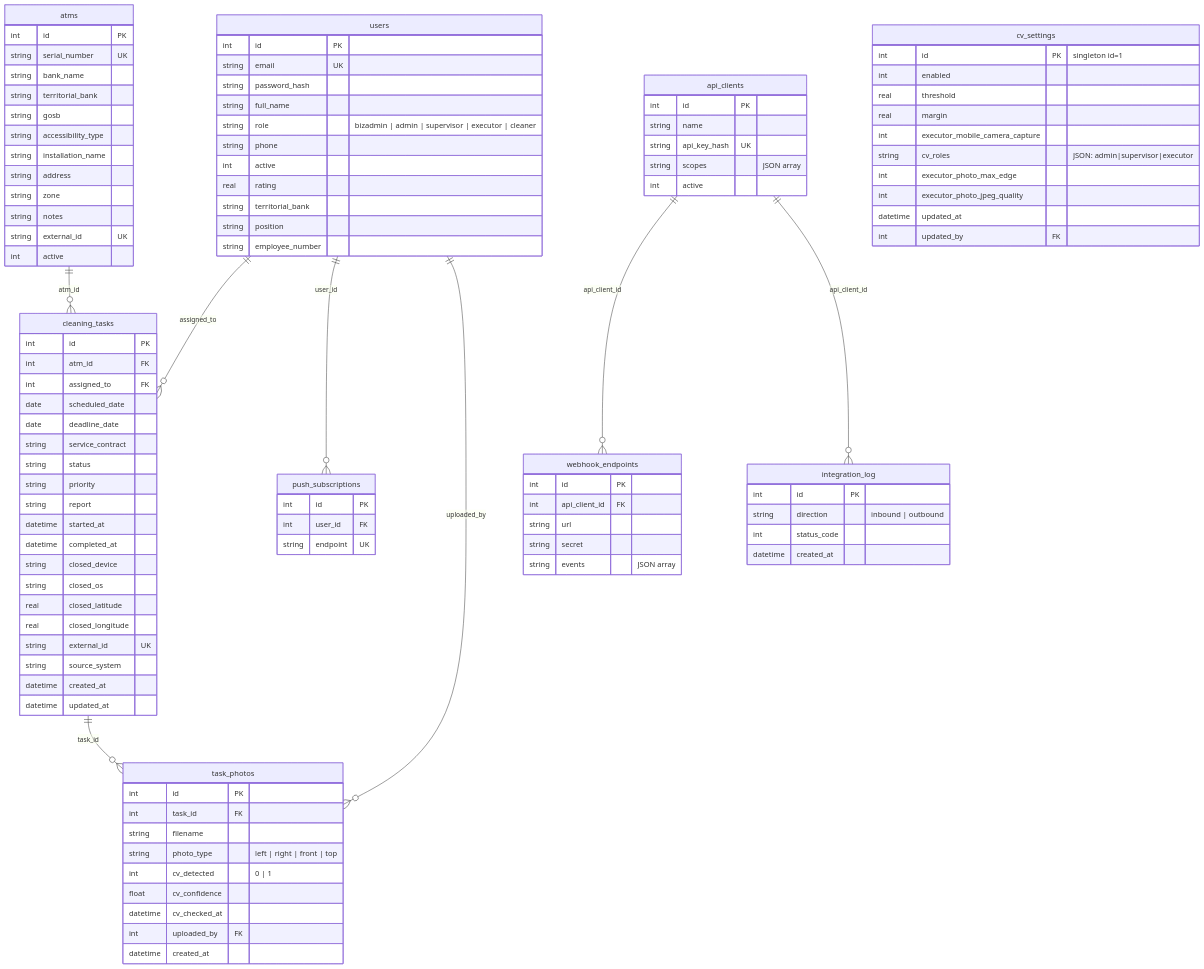
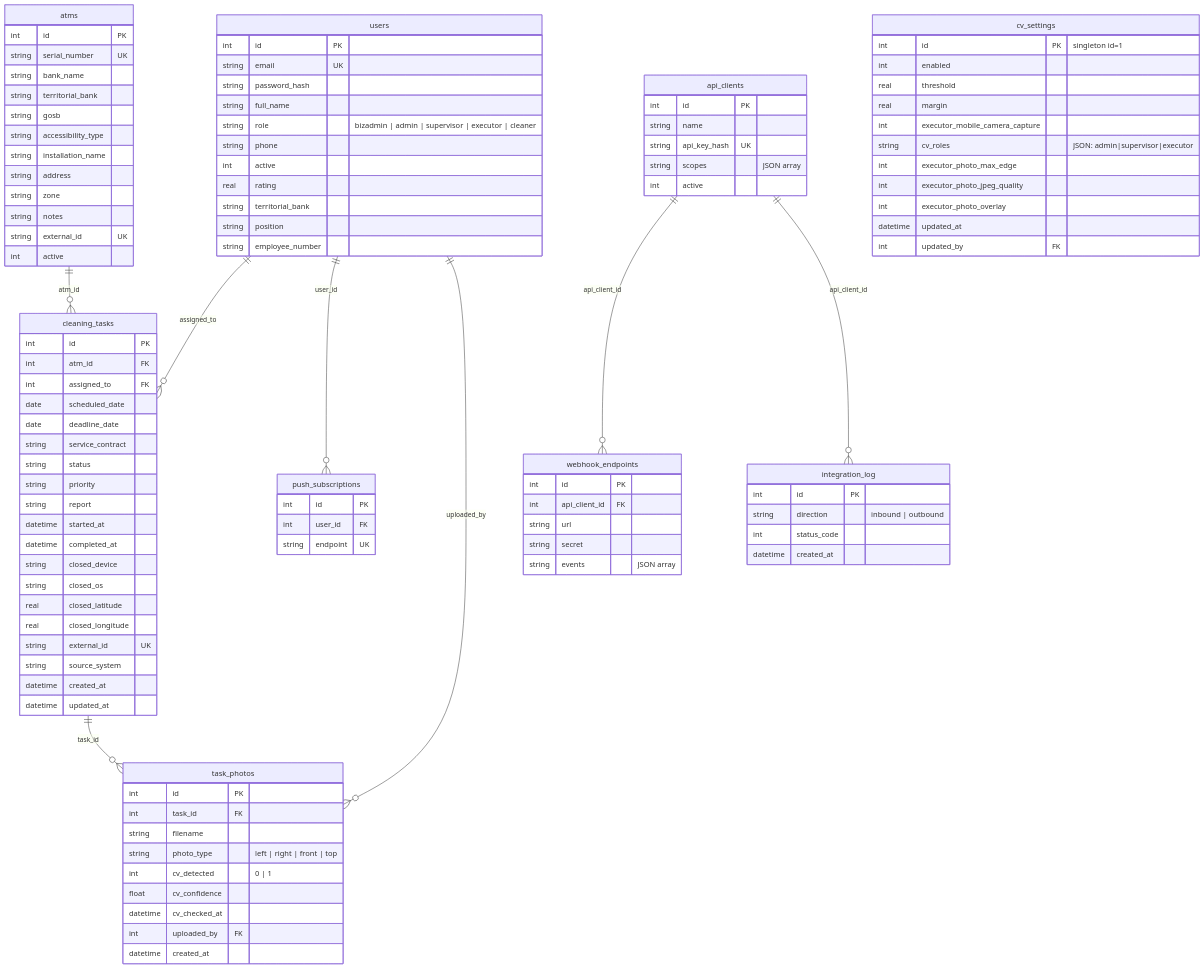
The second of 12 diagrams in ARCHITECTURE.md (DjSurfTSI/control-app), drawn with Mermaid before and after one commit. The commit also changed other lines of this file and 12 other files, not shown here.

```diff
--- a/ARCHITECTURE.md
+++ b/ARCHITECTURE.md
@@ -265,6 +265,7 @@
         string cv_roles "JSON: admin|supervisor|executor"
         int executor_photo_max_edge
         int executor_photo_jpeg_quality
+        int executor_photo_overlay
         datetime updated_at
         int updated_by FK
     }
```
